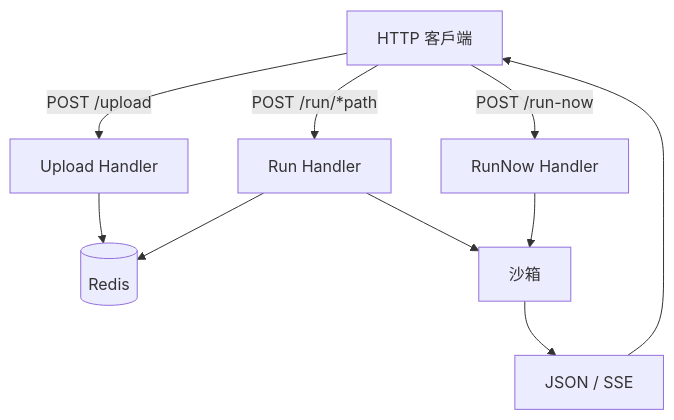
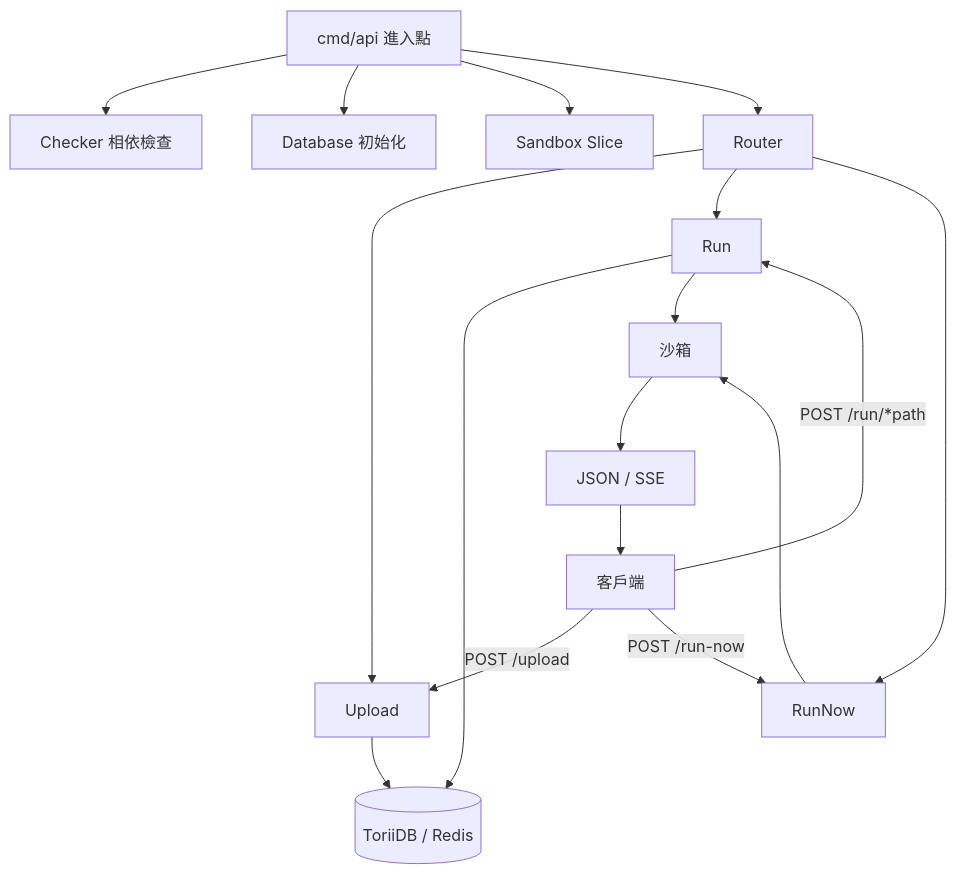
Before and after one commit to pardnchiu/HakoRun: the first of 10 diagrams in doc/architecture.zh.md, drawn with Mermaid. The commit also changed other lines of this file and 17 other files, not shown here.

````diff
--- a/doc/architecture.zh.md
+++ b/doc/architecture.zh.md
@@ -7,12 +9,19 @@
 ```mermaid
 graph TB
-    Client[HTTP 客戶端] -->|POST /upload| Upload[Upload Handler]
-    Client -->|POST /run/*path| Run[Run Handler]
-    Client -->|POST /run-now| RunNow[RunNow Handler]
-    Upload --> Redis[(Redis)]
-    Run --> Redis
+    Main[cmd/api 進入點] --> Checker[Checker 相依檢查]
+    Main --> DB[Database 初始化]
+    Main --> Slice[Sandbox Slice]
+    Main --> Router[Router]
+    Client[客戶端] -->|POST /upload| Upload[Upload]
+    Client -->|POST /run/*path| Run[Run]
+    Client -->|POST /run-now| RunNow[RunNow]
+    Router --> Upload
+    Router --> Run
+    Router --> RunNow
+    Upload --> Store[(ToriiDB / Redis)]
+    Run --> Store
     Run --> Sandbox[沙箱]
     RunNow --> Sandbox
-    Sandbox --> Response[JSON / SSE]
-    Response --> Client
+    Sandbox --> Out[JSON / SSE]
+    Out --> Client
 ```
````
